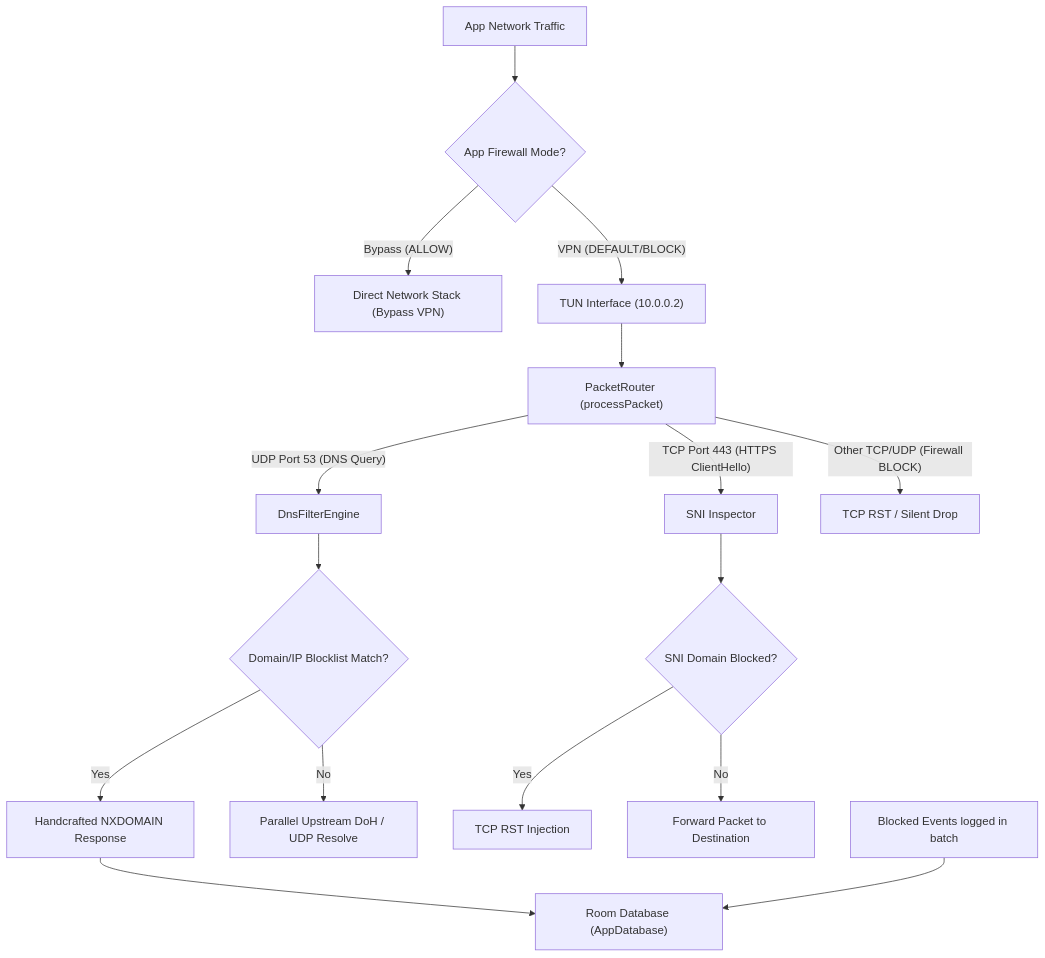
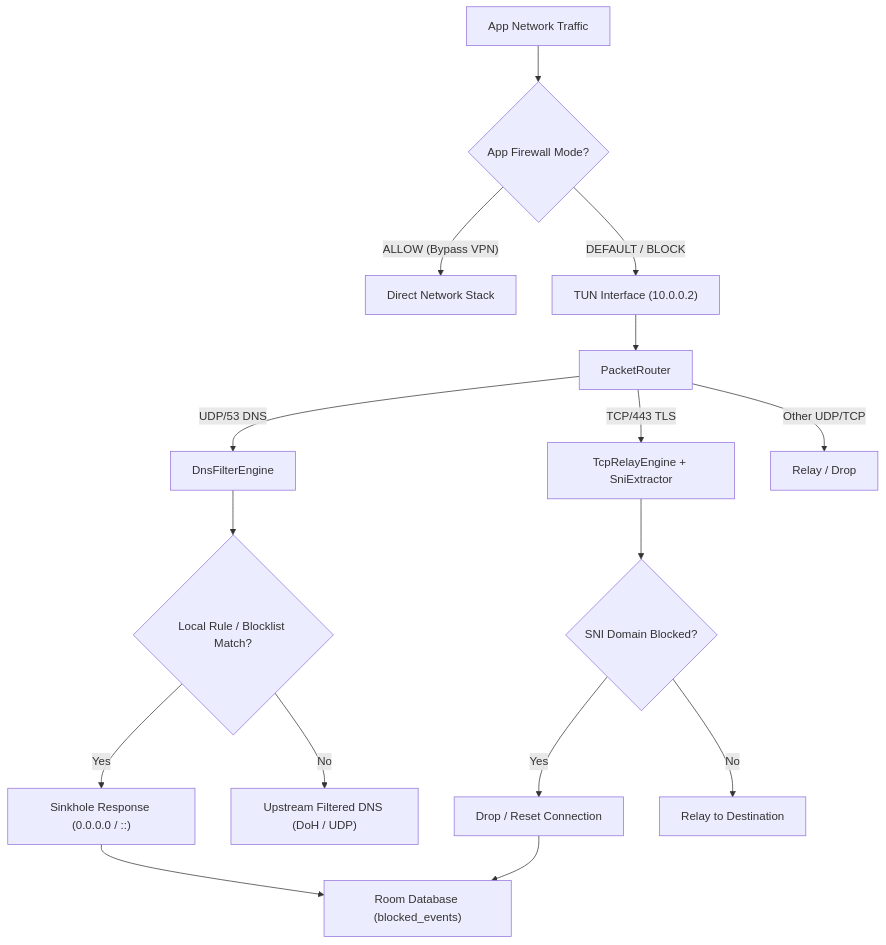
The diagram in CODEBASE_EXPLAINER.md (0x8e8fb-p/Argus), drawn with Mermaid before and after one commit. The commit also changed other lines of this file and 24 other files, not shown here.

````diff
--- a/CODEBASE_EXPLAINER.md
+++ b/CODEBASE_EXPLAINER.md
@@ -11,23 +11,23 @@
 ```mermaid
 graph TD
     A["App Network Traffic"] --> B{"App Firewall Mode?"}
-    
-    B -- "Bypass (ALLOW)" --> C["Direct Network Stack (Bypass VPN)"]
-    B -- "VPN (DEFAULT/BLOCK)" --> D["TUN Interface (10.0.0.2)"]
-    
-    D --> E["PacketRouter (processPacket)"]
-    
-    E -- "UDP Port 53 (DNS Query)" --> F["DnsFilterEngine"]
-    E -- "TCP Port 443 (HTTPS ClientHello)" --> G["SNI Inspector"]
-    E -- "Other TCP/UDP (Firewall BLOCK)" --> H["TCP RST / Silent Drop"]
-    
-    F --> F1{"Domain/IP Blocklist Match?"}
-    F1 -- "Yes" --> F2["Handcrafted NXDOMAIN Response"]
-    F1 -- "No" --> F3["Parallel Upstream DoH / UDP Resolve"]
-    
+
+    B -- "ALLOW (Bypass VPN)" --> C["Direct Network Stack"]
+    B -- "DEFAULT / BLOCK" --> D["TUN Interface (10.0.0.2)"]
+
+    D --> E["PacketRouter"]
+
+    E -- "UDP/53 DNS" --> F["DnsFilterEngine"]
+    E -- "TCP/443 TLS" --> G["TcpRelayEngine + SniExtractor"]
+    E -- "Other UDP/TCP" --> H["Relay / Drop"]
+
+    F --> F1{"Local Rule / Blocklist Match?"}
+    F1 -- "Yes" --> F2["Sinkhole Response (0.0.0.0 / ::)"]
+    F1 -- "No" --> F3["Upstream Filtered DNS (DoH / UDP)"]
+
     G --> G1{"SNI Domain Blocked?"}
-    G1 -- "Yes" --> G2["TCP RST Injection"]
-    G1 -- "No" --> G3["Forward Packet to Destination"]
-    
-    F2 & F6["Blocked Events logged in batch"] --> I["Room Database (AppDatabase)"]
+    G1 -- "Yes" --> G2["Drop / Reset Connection"]
+    G1 -- "No" --> G3["Relay to Destination"]
+
+    F2 & G2 --> I["Room Database (blocked_events)"]
 ```
````
